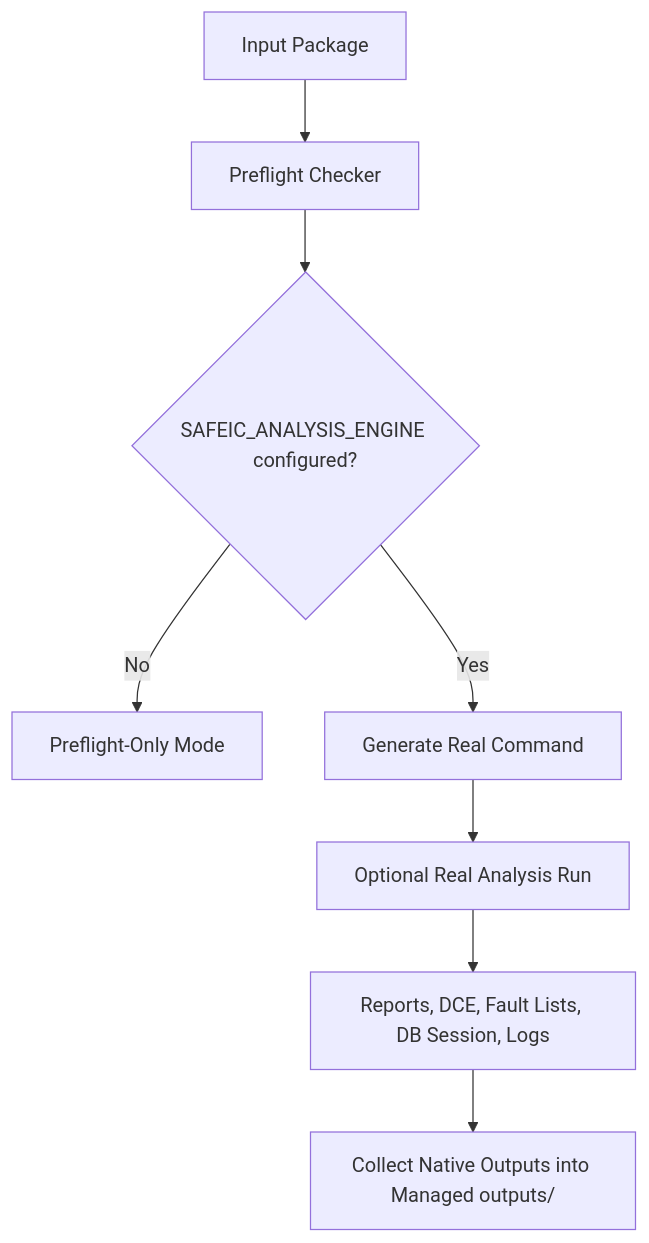
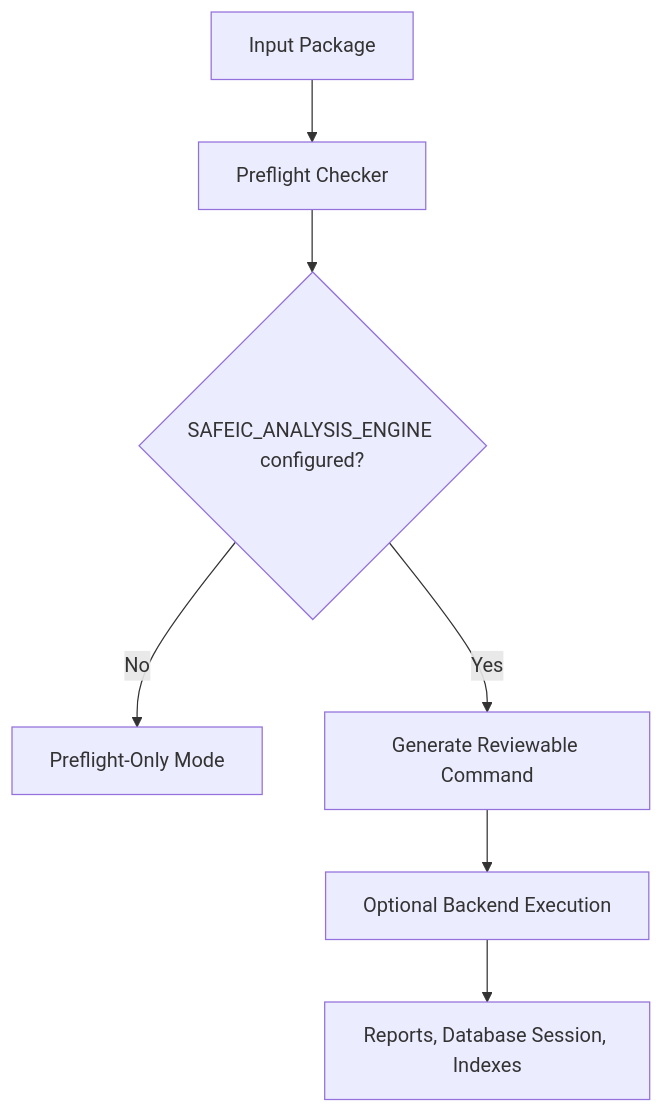
One commit to qiqixixi1001/automotive-safeic-practice changed the fourth of 4 diagrams in articles/01_automotive_safeic_practice_d01_github_en_revised.md. Above: the diagram before and after it, drawn with Mermaid. The commit also changed other lines of this file, not shown here.

````diff
--- a/articles/01_automotive_safeic_practice_d01_github_en_revised.md
+++ b/articles/01_automotive_safeic_practice_d01_github_en_revised.md
@@ -1320,10 +1090,9 @@
 ```mermaid
 flowchart TD
     A[Input Package] --> B[Preflight Checker]
     B --> C{SAFEIC_ANALYSIS_ENGINE configured?}
     C -- No --> D[Preflight-Only Mode]
-    C -- Yes --> E[Generate Real Command]
-    E --> F[Optional Real Analysis Run]
-    F --> G[Reports, DCE, Fault Lists, DB Session, Logs]
-    G --> H[Collect Native Outputs into Managed outputs/]
+    C -- Yes --> E[Generate Reviewable Command]
+    E --> F[Optional Backend Execution]
+    F --> G[Reports, Database Session, Indexes]
 ```
````
